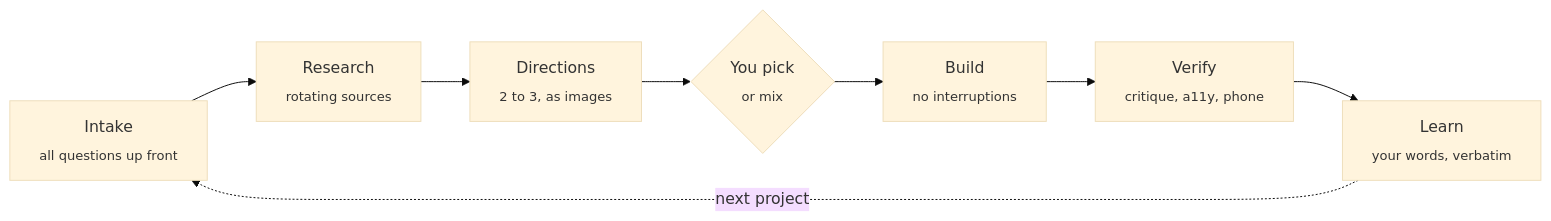
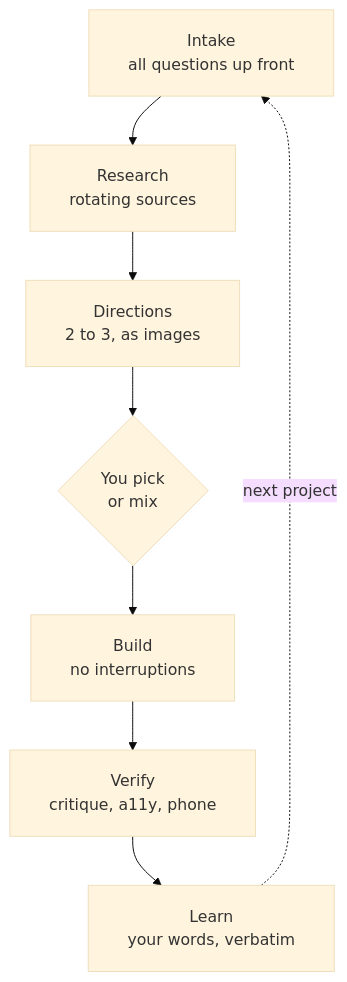
The diagram in README.md (crizex/art-director), drawn with Mermaid (base theme) before and after one commit. The commit also changed 2 other files, not shown here.

Commit message:
Art Director 1.1.2: readable workflow diagram on GitHub

````diff
--- a/README.md
+++ b/README.md
@@ -38,10 +38,11 @@
 ```mermaid
-flowchart LR
-    A[Intake<br><sub>all questions up front</sub>] --> B[Research<br><sub>rotating sources</sub>]
-    B --> C[Directions<br><sub>2 to 3, as images</sub>]
-    C --> D{You pick<br><sub>or mix</sub>}
-    D --> E[Build<br><sub>no interruptions</sub>]
-    E --> F[Verify<br><sub>critique, a11y, phone</sub>]
-    F --> G[Learn<br><sub>your words, verbatim</sub>]
-    G -.next project.-> A
+%%{init: {"flowchart": {"padding": 20}}}%%
+flowchart TB
+    A["Intake<br>all questions up front"] --> B["Research<br>rotating sources"]
+    B --> C["Directions<br>2 to 3, as images"]
+    C --> D{"You pick<br>or mix"}
+    D --> E["Build<br>no interruptions"]
+    E --> F["Verify<br>critique, a11y, phone"]
+    F --> G["Learn<br>your words, verbatim"]
+    G -. next project .-> A
 ```
````
